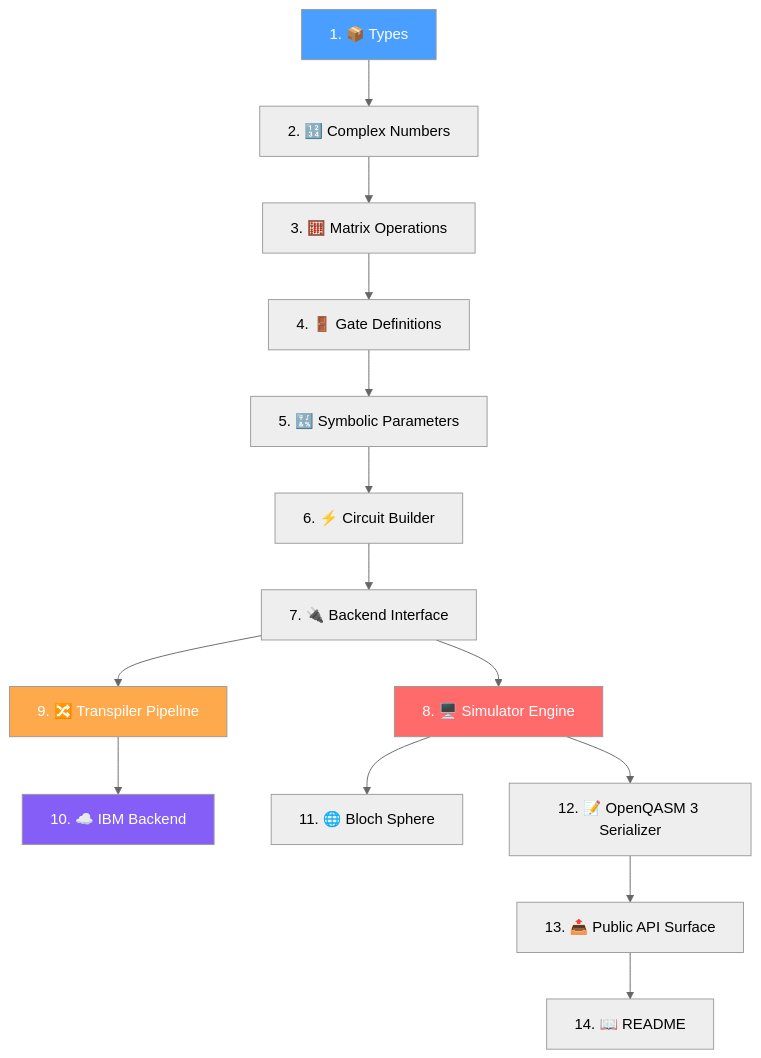
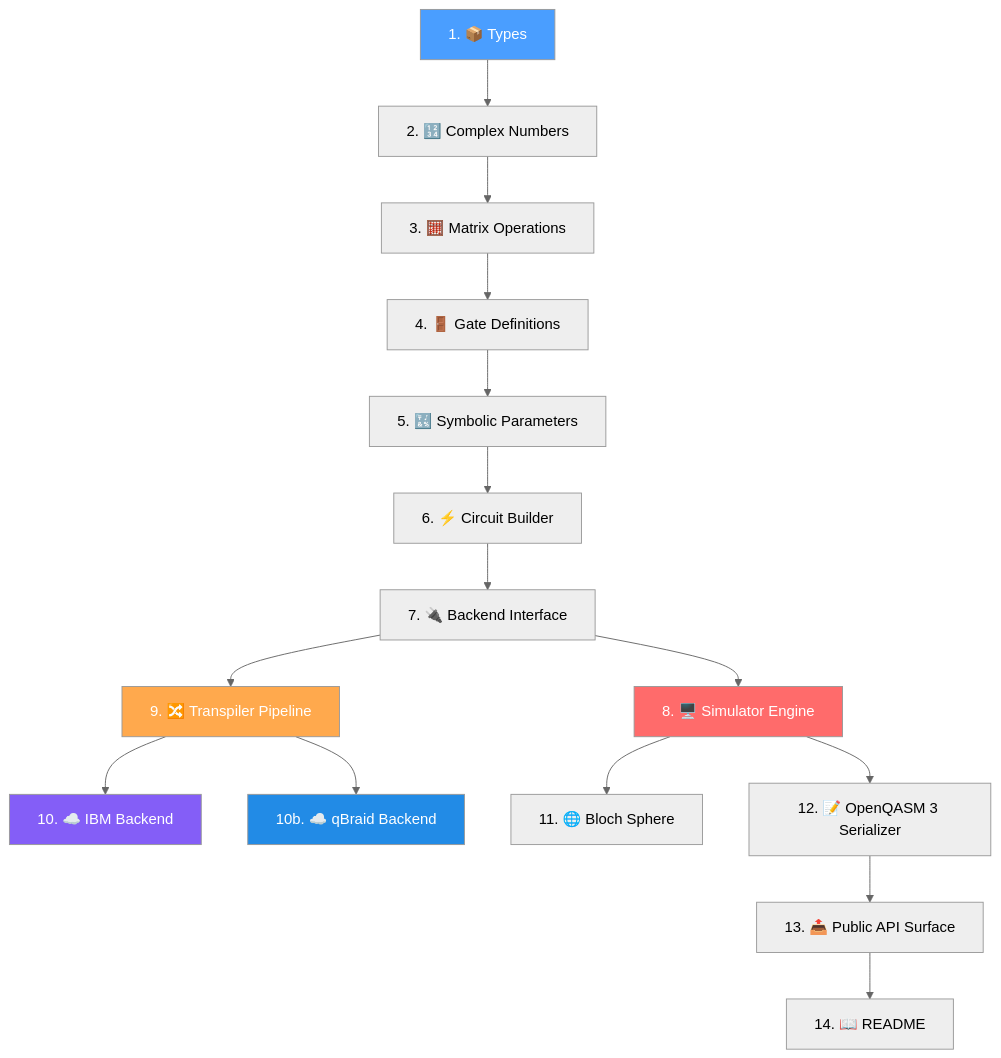
The diagram in README.md (hviana/agents.md-for-quantum-simulation), drawn with Mermaid (neutral theme) before and after one commit. The commit also changed other lines of this file, not shown here.

````diff
--- a/README.md
+++ b/README.md
@@ -295,21 +296,23 @@
 ```mermaid
 graph TD
     A[1. 📦 Types] --> B[2. 🔢 Complex Numbers]
     B --> C[3. 🧮 Matrix Operations]
     C --> D[4. 🚪 Gate Definitions]
     D --> E[5. 🔣 Symbolic Parameters]
     E --> F[6. ⚡ Circuit Builder]
     F --> G[7. 🔌 Backend Interface]
     G --> H[8. 🖥️ Simulator Engine]
     G --> I[9. 🔀 Transpiler Pipeline]
     I --> J[10. ☁️ IBM Backend]
+    I --> J2[10b. ☁️ qBraid Backend]
     H --> K[11. 🌐 Bloch Sphere]
     H --> L[12. 📝 OpenQASM 3 Serializer]
     L --> M[13. 📤 Public API Surface]
     M --> N[14. 📖 README]
 
     style A fill:#4a9eff,color:#fff
     style H fill:#ff6b6b,color:#fff
     style I fill:#ffa94d,color:#fff
     style J fill:#845ef7,color:#fff
+    style J2 fill:#228be6,color:#fff
 ```
````
